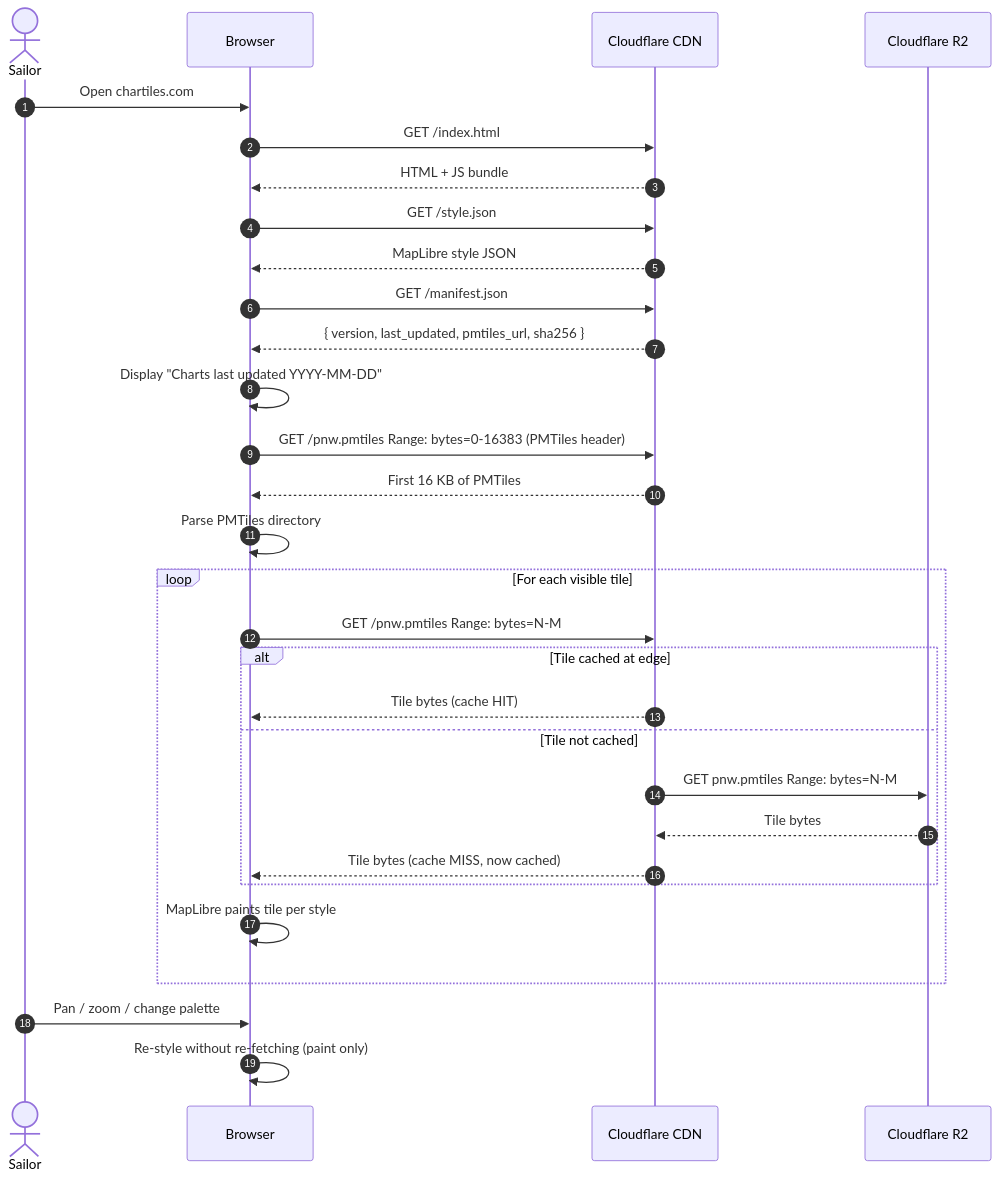
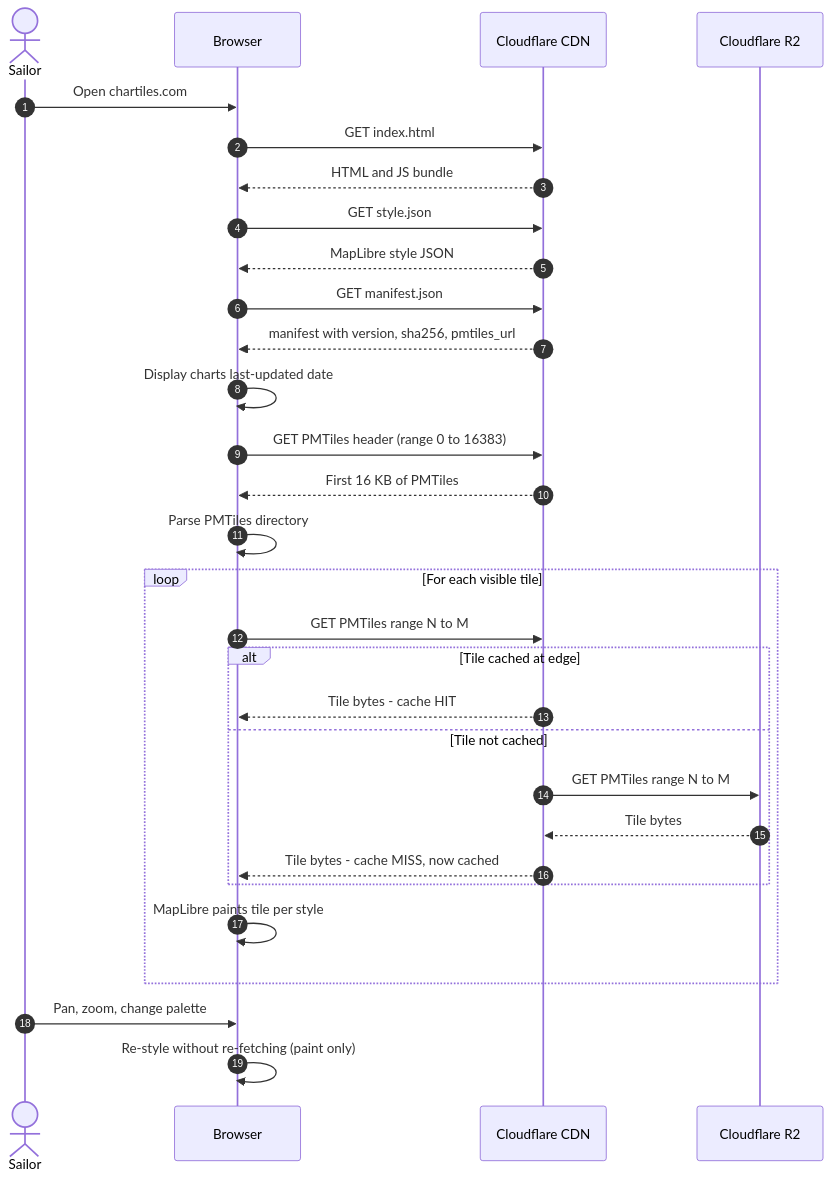
Before and after one commit to ivanoats/chartiles: the second of 3 diagrams in docs/architecture/data-flows.md, drawn with Mermaid. The commit also changed other lines of this file and 22 other files, not shown here.

````diff
--- a/docs/architecture/data-flows.md
+++ b/docs/architecture/data-flows.md
@@ -44,33 +45,33 @@
 ```mermaid
 sequenceDiagram
     autonumber
     actor Sailor
     participant Browser
     participant CDN as Cloudflare CDN
     participant R2 as Cloudflare R2
 
     Sailor->>Browser: Open chartiles.com
-    Browser->>CDN: GET /index.html
-    CDN-->>Browser: HTML + JS bundle
-    Browser->>CDN: GET /style.json
+    Browser->>CDN: GET index.html
+    CDN-->>Browser: HTML and JS bundle
+    Browser->>CDN: GET style.json
     CDN-->>Browser: MapLibre style JSON
-    Browser->>CDN: GET /manifest.json
-    CDN-->>Browser: { version, last_updated, pmtiles_url, sha256 }
-    Browser->>Browser: Display "Charts last updated YYYY-MM-DD"
-    Browser->>CDN: GET /pnw.pmtiles Range: bytes=0-16383 (PMTiles header)
+    Browser->>CDN: GET manifest.json
+    CDN-->>Browser: manifest with version, sha256, pmtiles_url
+    Browser->>Browser: Display charts last-updated date
+    Browser->>CDN: GET PMTiles header (range 0 to 16383)
     CDN-->>Browser: First 16 KB of PMTiles
     Browser->>Browser: Parse PMTiles directory
     loop For each visible tile
-        Browser->>CDN: GET /pnw.pmtiles Range: bytes=N-M
+        Browser->>CDN: GET PMTiles range N to M
         alt Tile cached at edge
-            CDN-->>Browser: Tile bytes (cache HIT)
+            CDN-->>Browser: Tile bytes - cache HIT
         else Tile not cached
-            CDN->>R2: GET pnw.pmtiles Range: bytes=N-M
+            CDN->>R2: GET PMTiles range N to M
             R2-->>CDN: Tile bytes
-            CDN-->>Browser: Tile bytes (cache MISS, now cached)
+            CDN-->>Browser: Tile bytes - cache MISS, now cached
         end
         Browser->>Browser: MapLibre paints tile per style
     end
-    Sailor->>Browser: Pan / zoom / change palette
+    Sailor->>Browser: Pan, zoom, change palette
     Browser->>Browser: Re-style without re-fetching (paint only)
 ```
````
